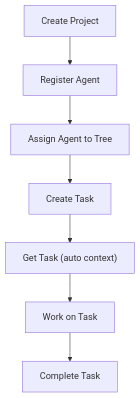
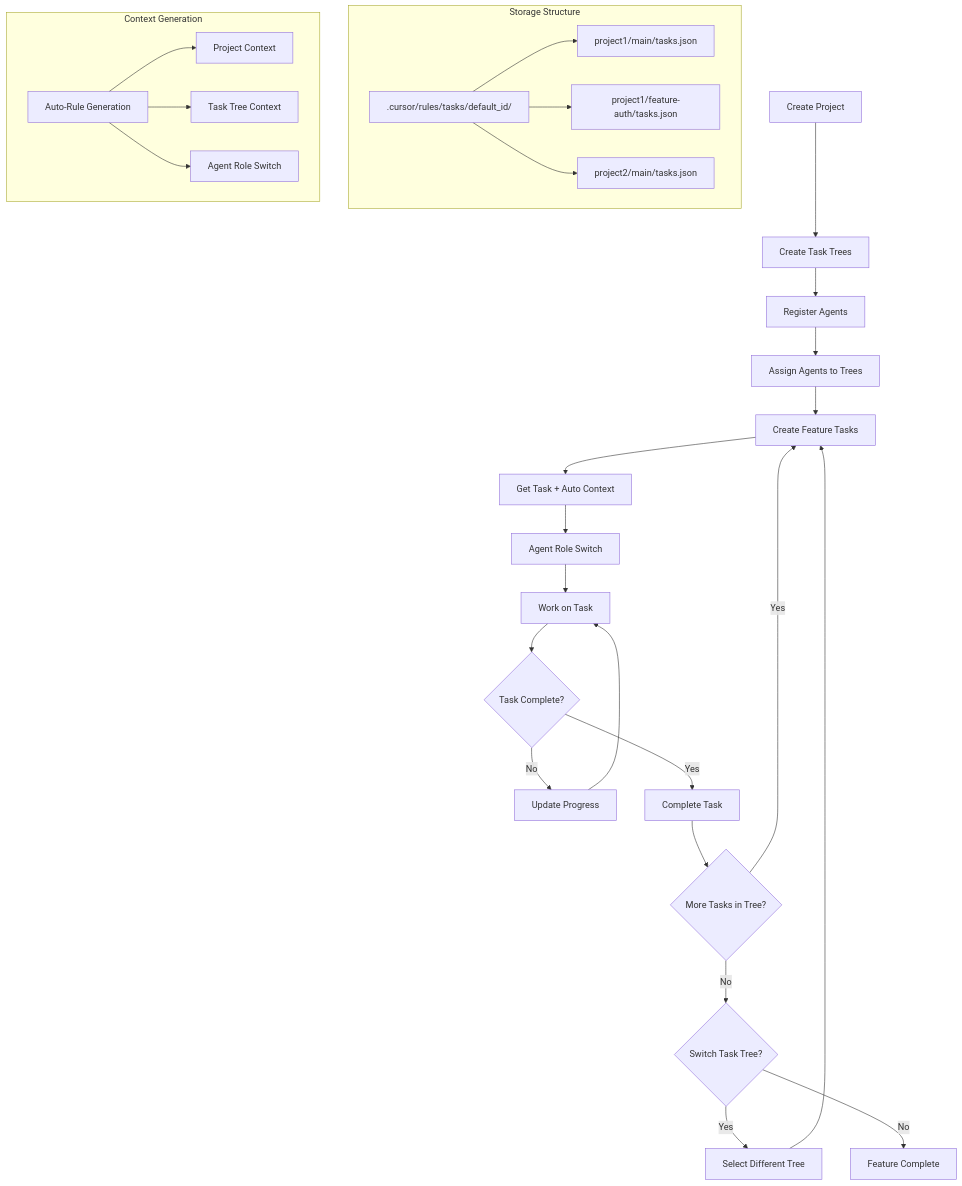
The diagram in .cursor/rules/02_AI-DOCS/TaskManagement/task_management_workflow.mdc (DafnckStudio/Dafnck-Machine-3.4), drawn with Mermaid before and after one commit. The commit also changed other lines of this file and 8 other files, not shown here.

First line of the commit message:
Refactor task management documentation for hierarchical structure and multi-project support

````diff
--- a/.cursor/rules/02_AI-DOCS/TaskManagement/task_management_workflow.mdc
+++ b/.cursor/rules/02_AI-DOCS/TaskManagement/task_management_workflow.mdc
@@ -59,9 +309,34 @@
 ```mermaid
 flowchart TD
-    A["Create Project"] --> B["Register Agent"]
-    B --> C["Assign Agent to Tree"]
-    C --> D["Create Task"]
-    D --> E["Get Task (auto context)"]
-    E --> F["Work on Task"]
-    F --> G["Complete Task"]
+    A["Create Project"] --> B["Create Task Trees"]
+    B --> C["Register Agents"]
+    C --> D["Assign Agents to Trees"]
+    D --> E["Create Feature Tasks"]
+    E --> F["Get Task + Auto Context"]
+    F --> G["Agent Role Switch"]
+    G --> H["Work on Task"]
+    H --> I{"Task Complete?"}
+    I -->|No| J["Update Progress"]
+    J --> H
+    I -->|Yes| K["Complete Task"]
+    K --> L{"More Tasks in Tree?"}
+    L -->|Yes| E
+    L -->|No| M{"Switch Task Tree?"}
+    M -->|Yes| N["Select Different Tree"]
+    N --> E
+    M -->|No| O["Feature Complete"]
+    
+    subgraph "Storage Structure"
+        P[".cursor/rules/tasks/default_id/"]
+        P --> Q["project1/main/tasks.json"]
+        P --> R["project1/feature-auth/tasks.json"]
+        P --> S["project2/main/tasks.json"]
+    end
+    
+    subgraph "Context Generation"
+        T["Auto-Rule Generation"]
+        T --> U["Project Context"]
+        T --> V["Task Tree Context"]
+        T --> W["Agent Role Switch"]
+    end
 ```
````
